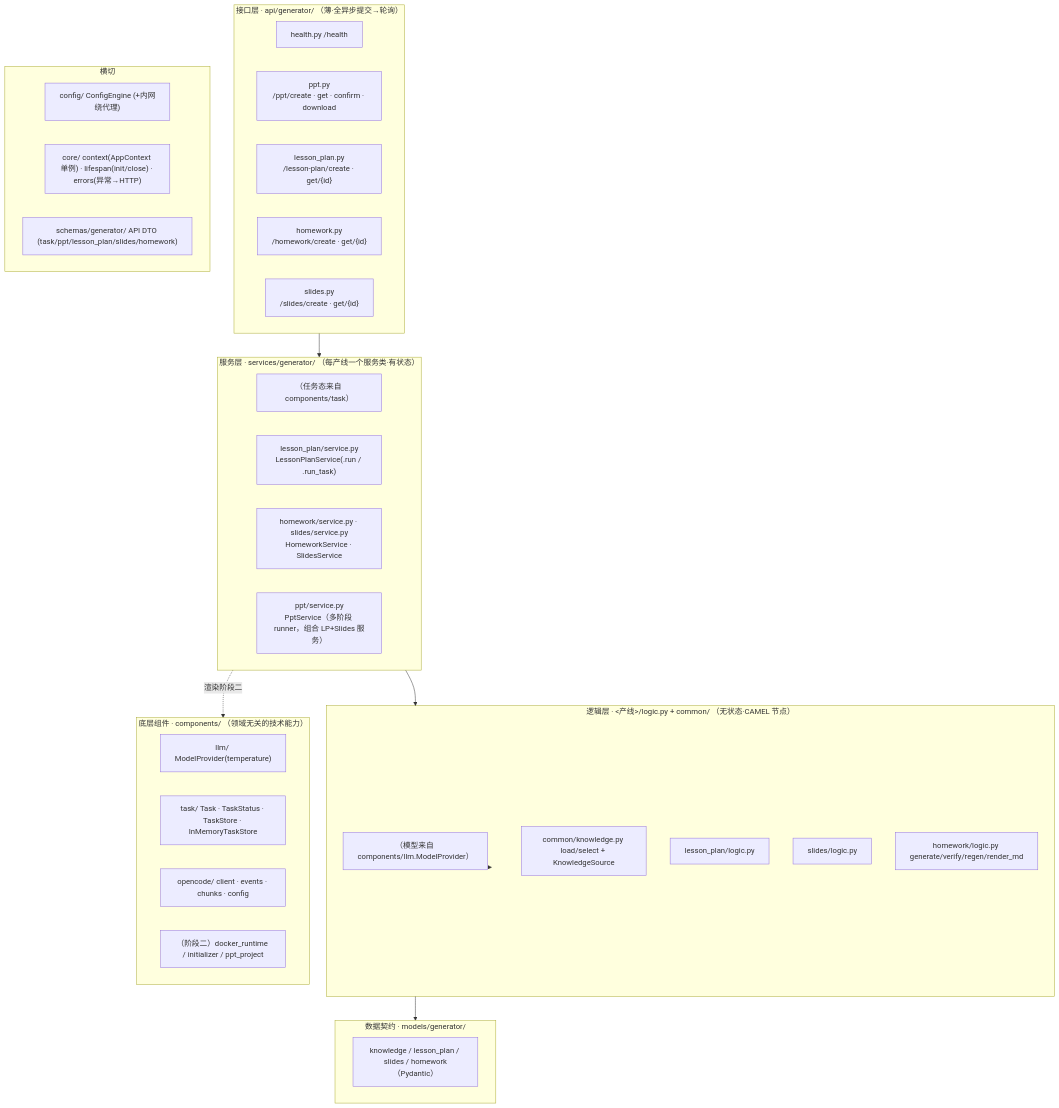
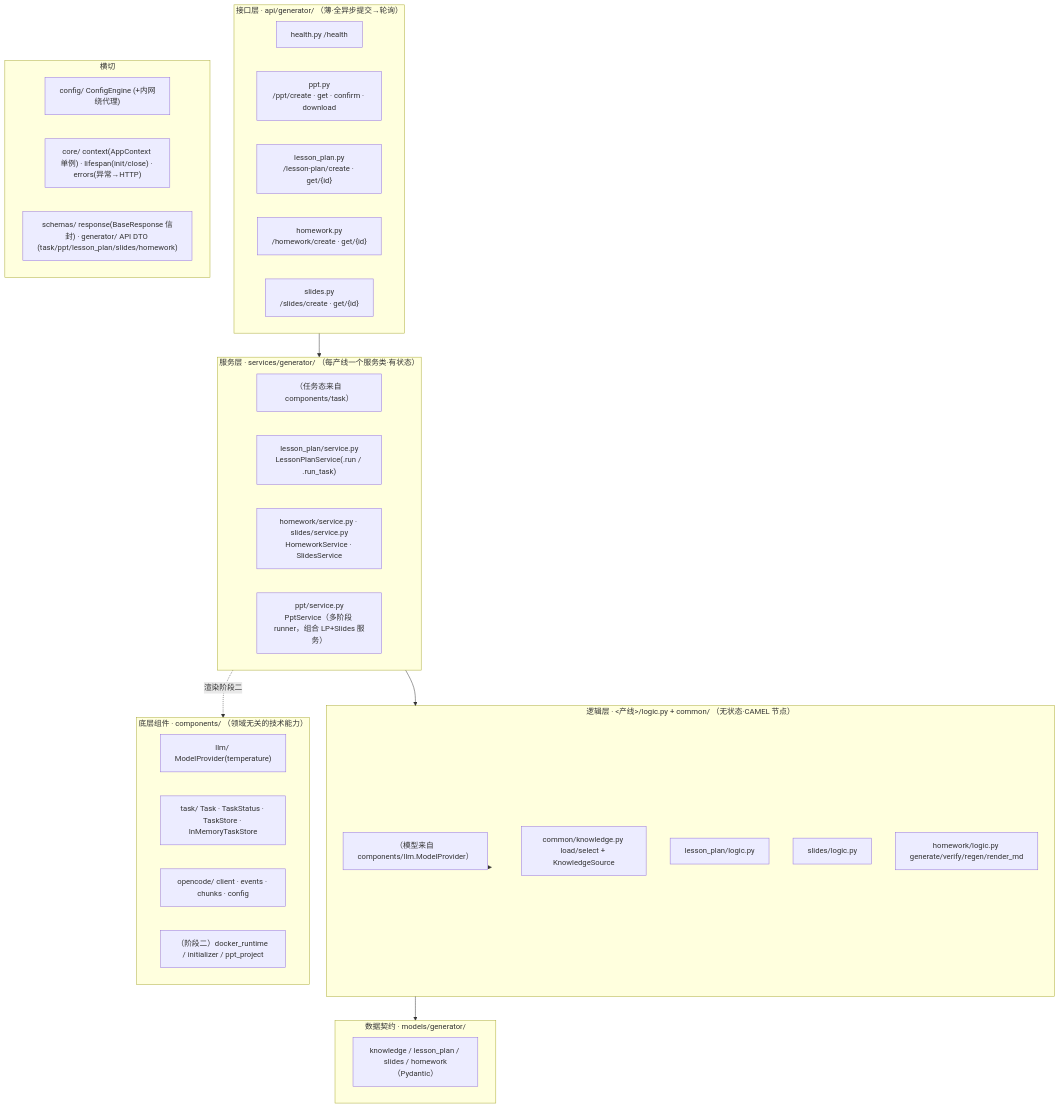
Before and after one commit to comet-7x/opencode-ppt: the first of 3 diagrams in docs/ARCHITECTURE_AND_PLAN.md, drawn with Mermaid. The commit also changed other lines of this file and 13 other files, not shown here.

````diff
--- a/docs/ARCHITECTURE_AND_PLAN.md
+++ b/docs/ARCHITECTURE_AND_PLAN.md
@@ -28,47 +29,47 @@
 ```mermaid
 flowchart TB
     subgraph API["接口层 · api/generator/ （薄·全异步提交→轮询）"]
         A0["health.py /health"]
         A1["ppt.py<br/>/ppt/create · get · confirm · download"]
         A2["lesson_plan.py<br/>/lesson-plan/create · get/{id}"]
         A3["homework.py<br/>/homework/create · get/{id}"]
         A4["slides.py<br/>/slides/create · get/{id}"]
     end
 
     subgraph SVC["服务层 · services/generator/ （每产线一个服务类·有状态）"]
         T0["（任务态来自 components/task）"]
         S3["lesson_plan/service.py<br/>LessonPlanService(.run / .run_task)"]
         S4["homework/service.py · slides/service.py<br/>HomeworkService · SlidesService"]
         S2["ppt/service.py<br/>PptService（多阶段 runner，组合 LP+Slides 服务）"]
     end
 
     subgraph LOGIC["逻辑层 · <产线>/logic.py + common/ （无状态·CAMEL 节点）"]
         L0["（模型来自 components/llm.ModelProvider）"]
         L1["common/knowledge.py load/select + KnowledgeSource"]
         L2["lesson_plan/logic.py"]
         L3["slides/logic.py"]
         L4["homework/logic.py generate/verify/regen/render_md"]
     end
 
     subgraph DATA["数据契约 · models/generator/"]
         D1["knowledge / lesson_plan / slides / homework（Pydantic）"]
     end
 
     subgraph COMP["底层组件 · components/ （领域无关的技术能力）"]
         C0["llm/ ModelProvider(temperature)"]
         C3["task/ Task · TaskStatus · TaskStore · InMemoryTaskStore"]
         C1["opencode/ client · events · chunks · config"]
         C2["（阶段二）docker_runtime / initializer / ppt_project"]
     end
 
     API --> SVC --> LOGIC
     LOGIC --> DATA
     LOGIC --> L0
     SVC -.渲染阶段二.-> COMP
 
     subgraph CROSS["横切"]
         X1["config/ ConfigEngine (+内网绕代理)"]
         X2["core/ context(AppContext 单例) · lifespan(init/close) · errors(异常→HTTP)"]
-        X3["schemas/generator/ API DTO (task/ppt/lesson_plan/slides/homework)"]
+        X3["schemas/ response(BaseResponse 信封) · generator/ API DTO (task/ppt/lesson_plan/slides/homework)"]
     end
 ```
````
